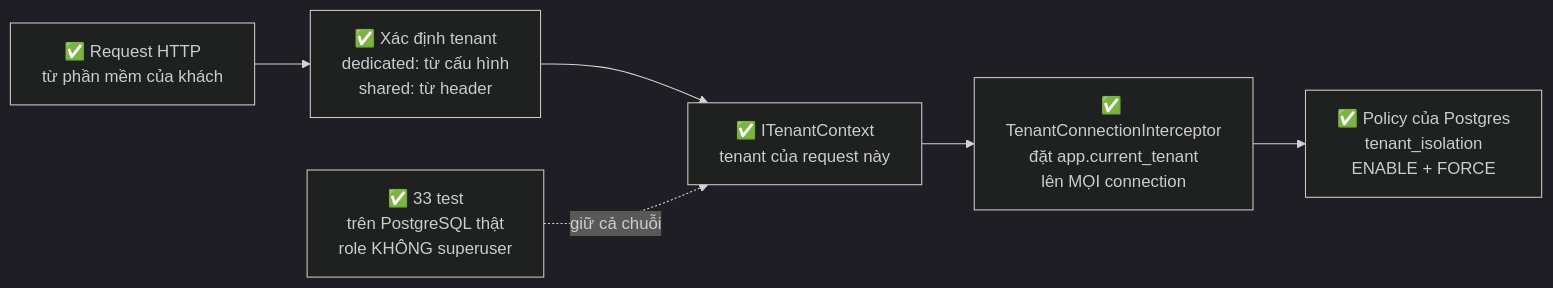
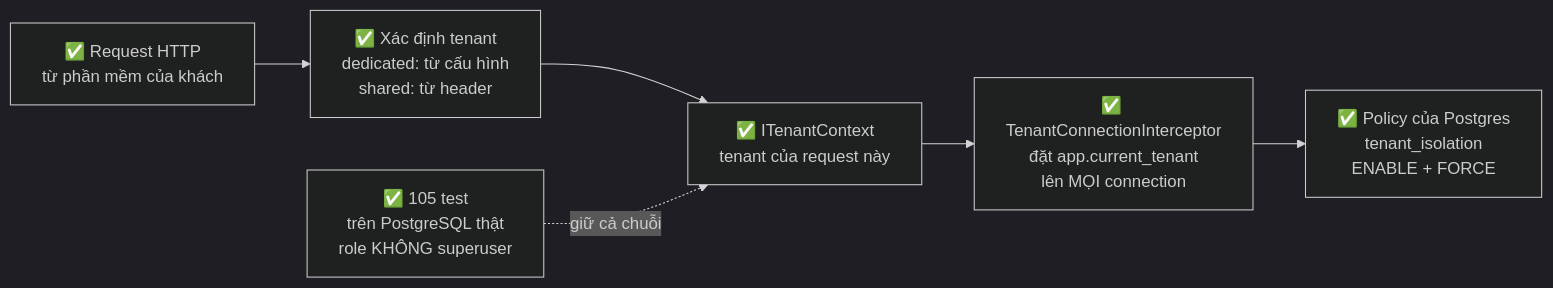
The fourth of 4 diagrams in README.md (pvanh2706/ai-operational-platform), drawn with Mermaid (dark theme) before and after one commit. The commit also changed other lines of this file, not shown here.

First line of the commit message:
README: bốn rủi ro mới từ dữ liệu thật, và sửa số liệu lỗi thời

````diff
--- a/README.md
+++ b/README.md
@@ -321,11 +335,11 @@
 ```mermaid
 flowchart LR
     R["✅ Request HTTP<br/>từ phần mềm của khách"]
     M["✅ Xác định tenant<br/>dedicated: từ cấu hình<br/>shared: từ header"]
     A["✅ ITenantContext<br/>tenant của request này"]
     B["✅ TenantConnectionInterceptor<br/>đặt app.current_tenant<br/>lên MỌI connection"]
     C["✅ Policy của Postgres<br/>tenant_isolation<br/>ENABLE + FORCE"]
-    D["✅ 33 test<br/>trên PostgreSQL thật<br/>role KHÔNG superuser"]
+    D["✅ 105 test<br/>trên PostgreSQL thật<br/>role KHÔNG superuser"]
     R --> M --> A --> B --> C
     D -.->|giữ cả chuỗi| A
 ```
````
